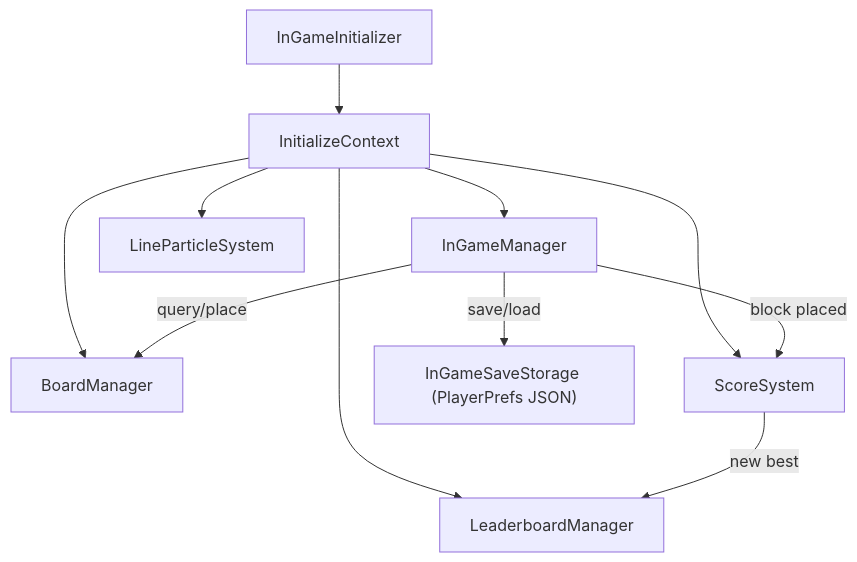
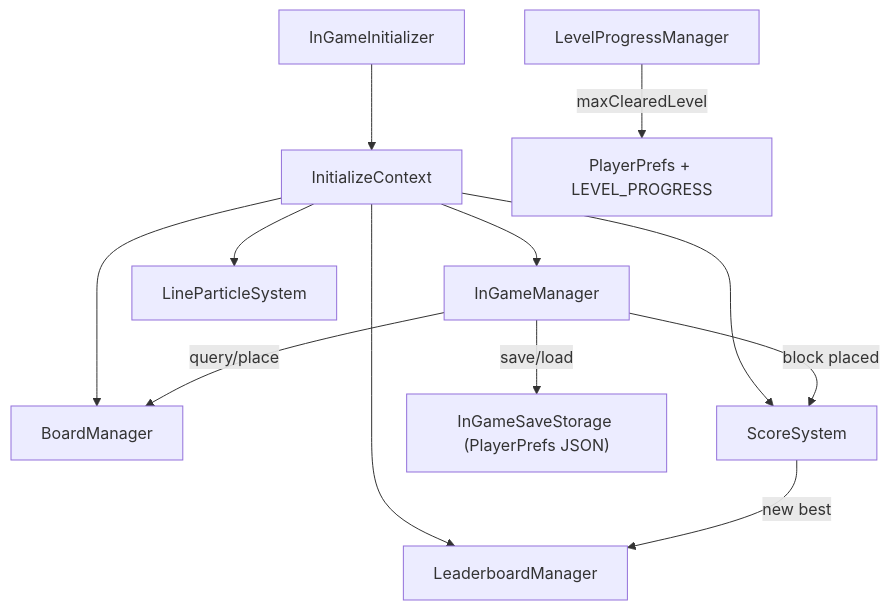
One commit to chlghksgml01/BlockPuzzle changed the first of 3 diagrams in README.md. Above: the diagram before and after it, drawn with Mermaid. The commit also changed other lines of this file and 10 other files, not shown here.

````diff
--- a/README.md
+++ b/README.md
@@ -80,14 +81,16 @@
 ```mermaid
 flowchart TB
     INIT["InGameInitializer"] --> CTX["InitializeContext"]
     CTX --> IGM["InGameManager"]
     CTX --> BM["BoardManager"]
     CTX --> SS["ScoreSystem"]
     CTX --> LM["LeaderboardManager"]
     CTX --> SPS["LineParticleSystem"]
 
     IGM -->|"block placed"| SS
     IGM -->|"save/load"| SAVE["InGameSaveStorage (PlayerPrefs JSON)"]
     IGM -->|"query/place"| BM
     SS -->|"new best"| LM
+
+    LPM["LevelProgressManager"] -->|"maxClearedLevel"| LPSAVE["PlayerPrefs + LEVEL_PROGRESS"]
 ```
````
